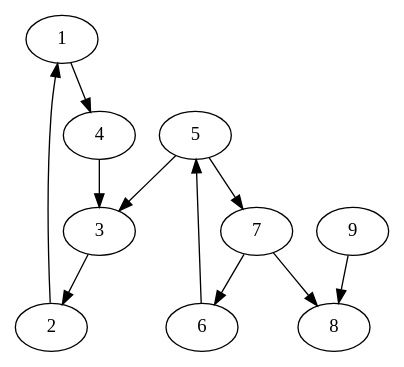
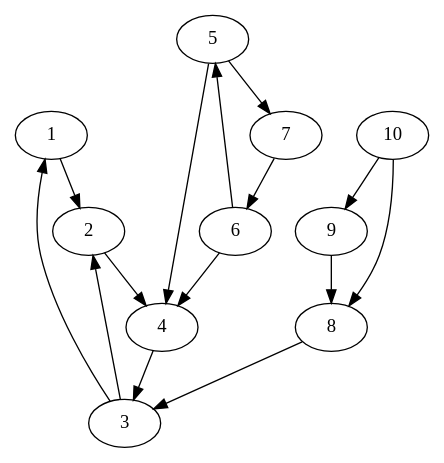
Before and after one commit to ArthurZucker/IAG_TP1_Final: the diagram in digraph-1-predfs_inverse.dot, drawn with Graphviz. The commit also changed 10 other files, not shown here.

```diff
--- a/digraph-1-predfs_inverse.dot
+++ b/digraph-1-predfs_inverse.dot
@@ -1,12 +1,16 @@
 digraph premier_graph {
-1 -> 4 ;
-2 -> 1 ;
+1 -> 2 ;
+2 -> 4 ;
+3 -> 1 ;
 3 -> 2 ;
 4 -> 3 ;
-5 -> 3 ;
+5 -> 4 ;
 5 -> 7 ;
+6 -> 4 ;
 6 -> 5 ;
 7 -> 6 ;
-7 -> 8 ;
-8;9 -> 8 ;
+8 -> 3 ;
+9 -> 8 ;
+10 -> 8 ;
+10 -> 9 ;
 }
```
